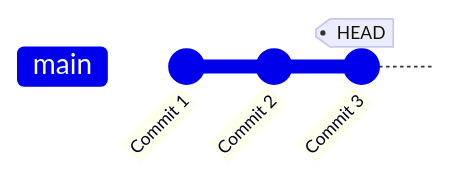
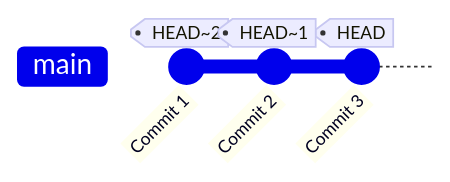
The second of 7 diagrams in docs/git/understanding-undo-time-traveling.md (Yoad-Duani/personal_notes), drawn with Mermaid before and after one commit. The commit also changed other lines of this file, not shown here.

````diff
--- a/docs/git/understanding-undo-time-traveling.md
+++ b/docs/git/understanding-undo-time-traveling.md
@@ -51,6 +60,6 @@
 ```mermaid
 gitGraph
-   commit id: "Commit 1"
-   commit id: "Commit 2" 
+   commit id: "Commit 1"tag: "HEAD~2"
+   commit id: "Commit 2" tag: "HEAD~1"
    commit id: "Commit 3" tag: "HEAD"
 ```
````
